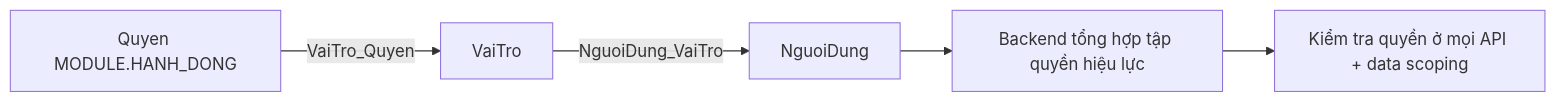
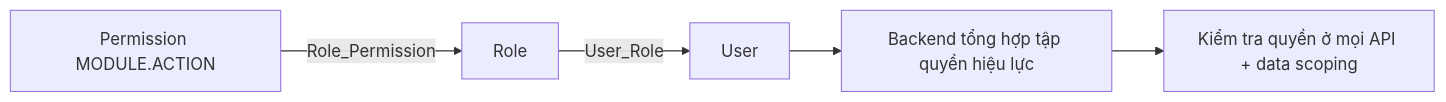
The fourth of 4 diagrams in docs/features/B03-quan-ly-nguoi-dung/spec.md (PTZero2026/rms-docs), drawn with Mermaid before and after one commit. The commit also changed other lines of this file and 44 other files, not shown here.

Commit message:
docs: update project roadmap, architecture decisions, and comprehensive documentation for core features and testing plans

````diff
--- a/docs/features/B03-quan-ly-nguoi-dung/spec.md
+++ b/docs/features/B03-quan-ly-nguoi-dung/spec.md
@@ -99,7 +99,7 @@
 ```mermaid
 flowchart LR
-    Q[Quyen MODULE.HANH_DONG] -->|VaiTro_Quyen| V[VaiTro]
-    V -->|NguoiDung_VaiTro| N[NguoiDung]
+    Q[Permission MODULE.ACTION] -->|Role_Permission| V[Role]
+    V -->|User_Role| N[User]
     N --> S[Backend tổng hợp tập quyền hiệu lực]
     S --> P[Kiểm tra quyền ở mọi API + data scoping]
 ```
````
